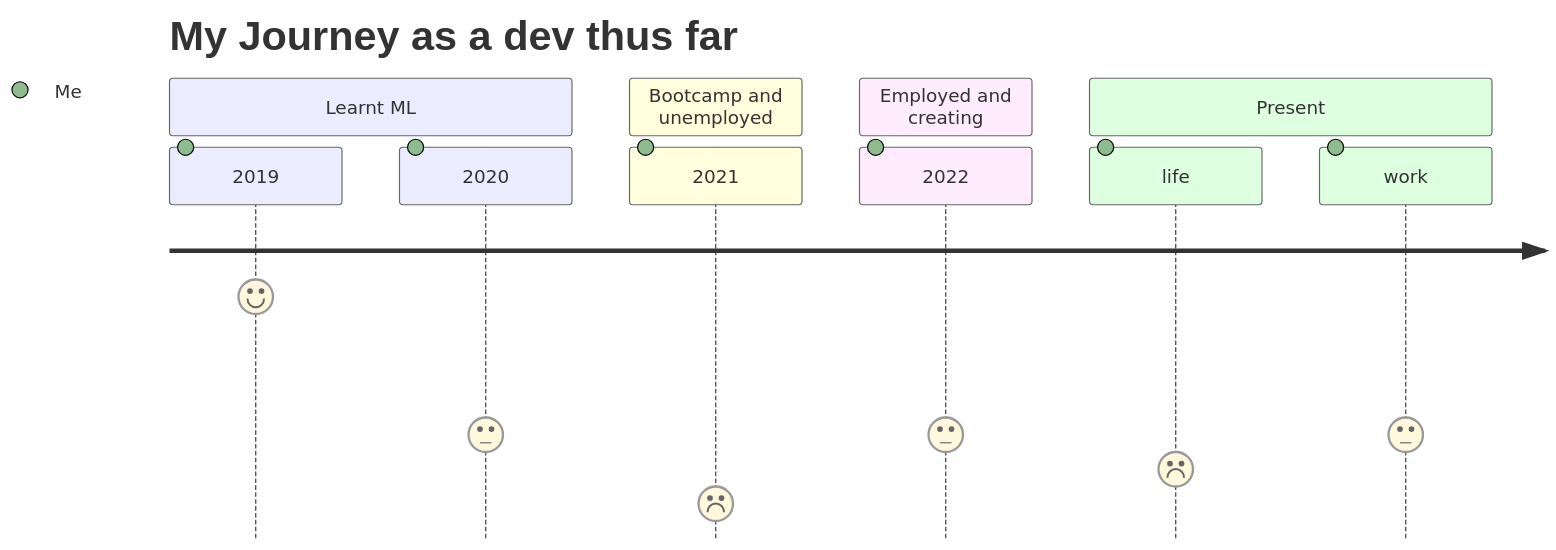
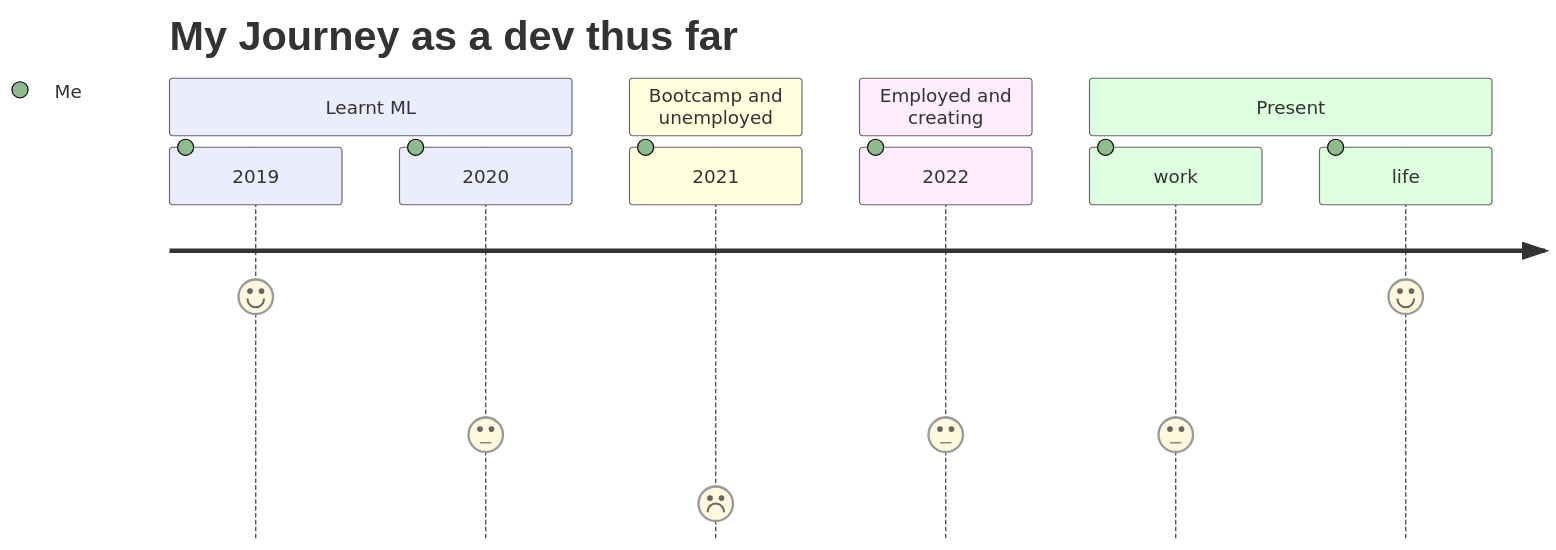
The diagram in README.md (chocomeowy/chocomeowy), drawn with Mermaid before and after one commit.

````diff
--- a/README.md
+++ b/README.md
@@ -13,14 +13,14 @@
 ```mermaid
   journey
     title My Journey as a dev thus far
     section Learnt ML
       2019: 7: Me
       2020: 3: Me
     section Bootcamp and unemployed
       2021: 1: Me
     section Employed and creating
       2022: 3: Me
     section Present
-      life: 2: Me
       work: 3: Me
+      life: 7: Me
 ```
````
